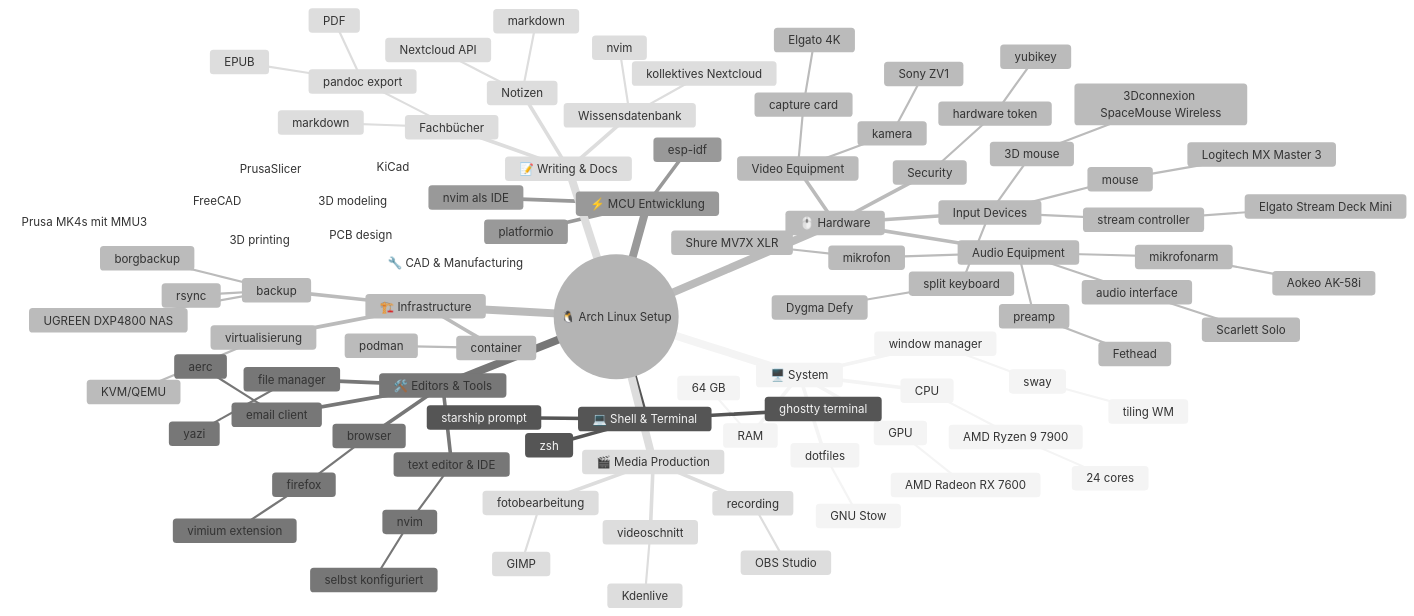
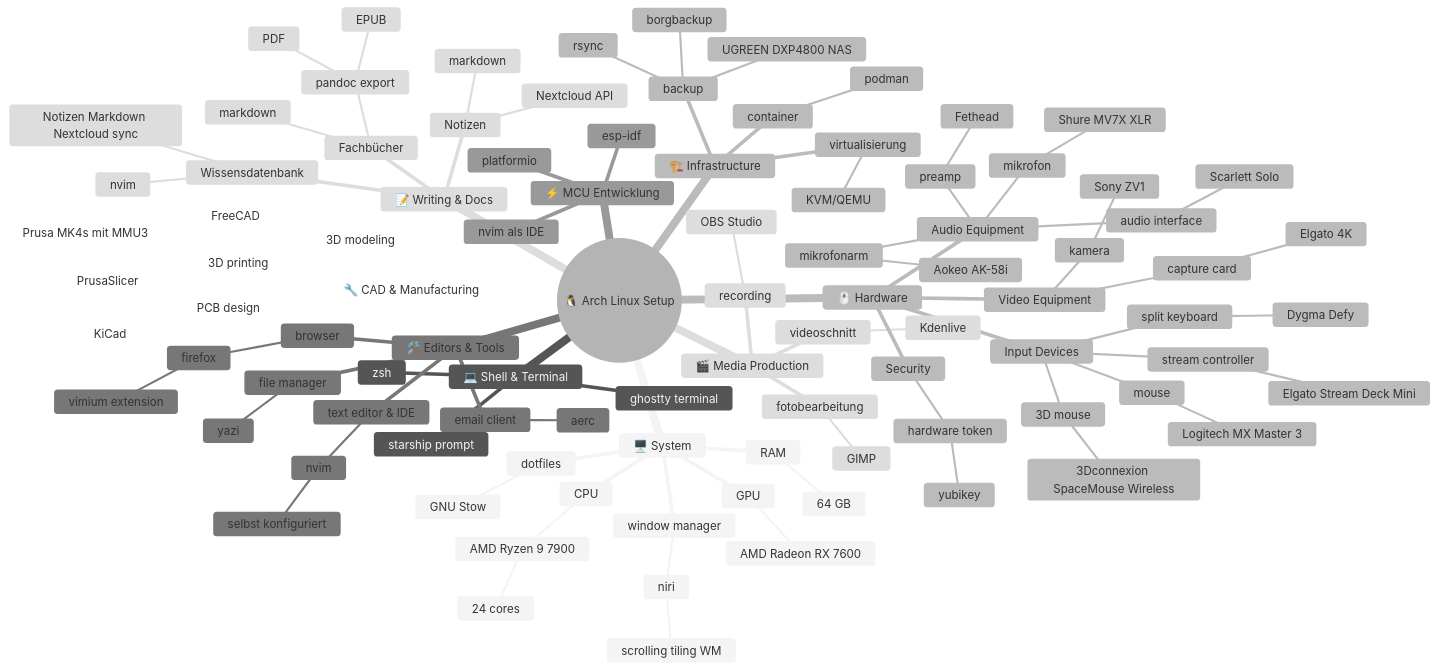
Before and after one commit to pixelEDI/I_use_Arch_btw: the diagram in 20_my-arch-setup/README.md, drawn with Mermaid.

```diff
--- a/20_my-arch-setup/README.md
+++ b/20_my-arch-setup/README.md
@@ -9,8 +9,8 @@
   root((🐧 Arch Linux Setup))
     🖥️ System
       window manager
-        sway
-          tiling WM
+        niri 
+          scrolling tiling WM
       dotfiles
         GNU Stow
       CPU
@@ -74,7 +74,7 @@
         Nextcloud API
       Wissensdatenbank
         nvim
-        kollektives Nextcloud
+        Notizen Markdown Nextcloud sync
     🖱️ Hardware
       Input Devices
         split keyboard
```
